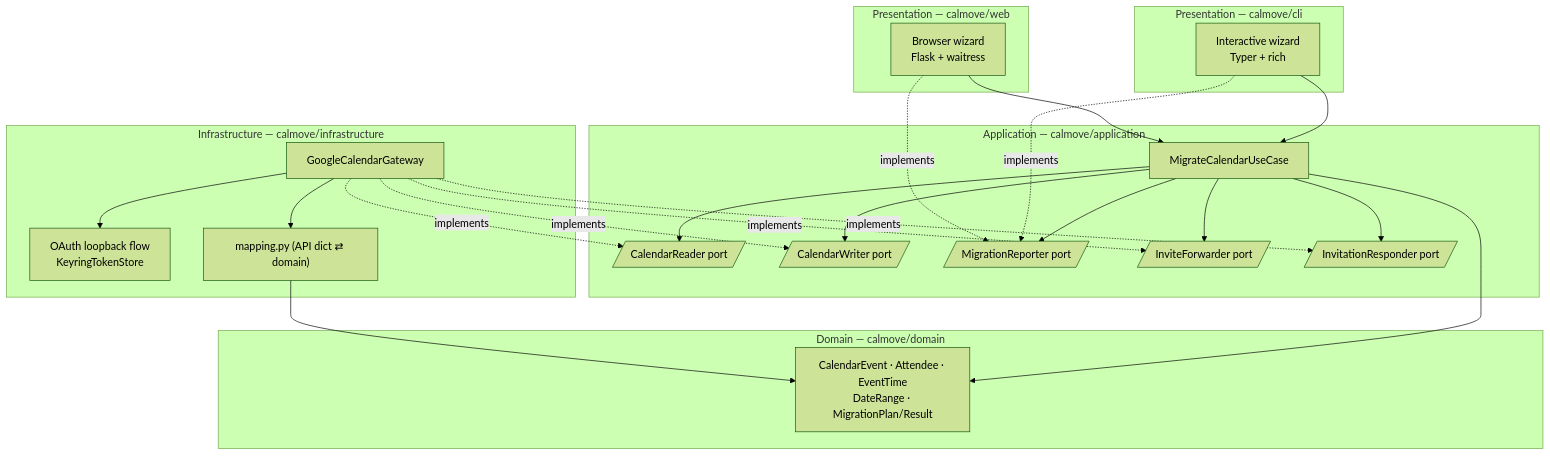
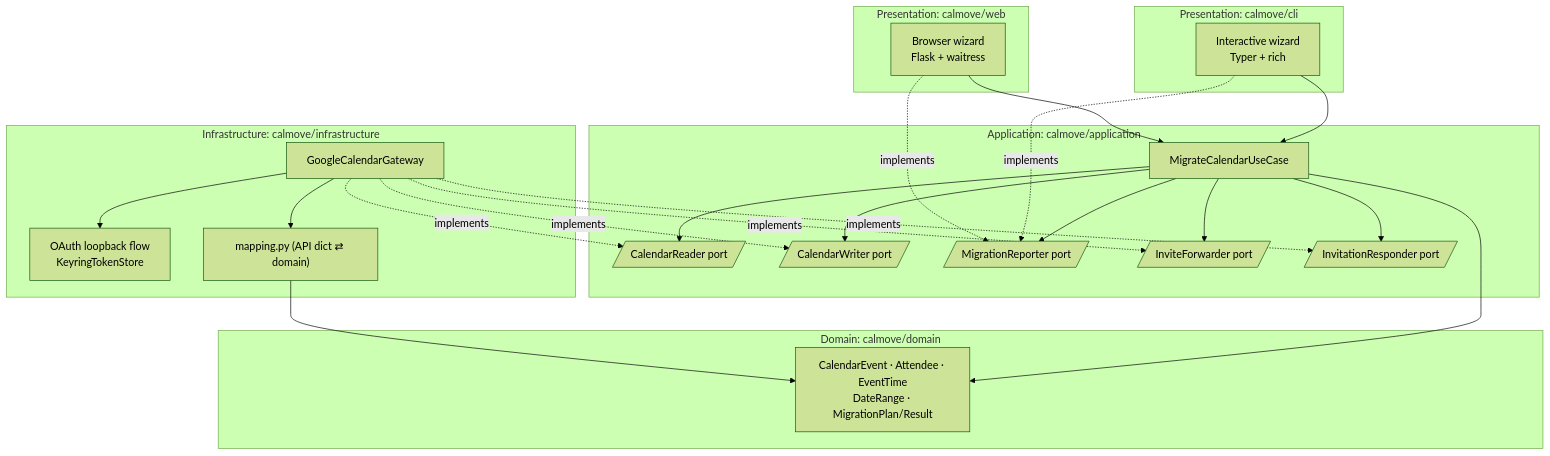
One commit to p1x3l4rtd3v/CalMove changed the first of 5 diagrams in docs/SPECIFICATION.md. Above: the diagram before and after it, drawn with Mermaid (forest theme). The commit also changed other lines of this file and 25 other files, not shown here.

````diff
--- a/docs/SPECIFICATION.md
+++ b/docs/SPECIFICATION.md
@@ -54,34 +54,34 @@
 ```mermaid
 flowchart TB
-    subgraph CLI["Presentation — calmove/cli"]
+    subgraph CLI["Presentation: calmove/cli"]
         W[Interactive wizard<br/>Typer + rich]
     end
-    subgraph WEB["Presentation — calmove/web"]
+    subgraph WEB["Presentation: calmove/web"]
         WW[Browser wizard<br/>Flask + waitress]
     end
-    subgraph APP["Application — calmove/application"]
+    subgraph APP["Application: calmove/application"]
         UC[MigrateCalendarUseCase]
         P1[/CalendarReader port/]
         P2[/CalendarWriter port/]
         P3[/MigrationReporter port/]
         P4[/InviteForwarder port/]
         P5[/InvitationResponder port/]
     end
-    subgraph DOM["Domain — calmove/domain"]
+    subgraph DOM["Domain: calmove/domain"]
         E[CalendarEvent · Attendee · EventTime<br/>DateRange · MigrationPlan/Result]
     end
-    subgraph INF["Infrastructure — calmove/infrastructure"]
+    subgraph INF["Infrastructure: calmove/infrastructure"]
         G[GoogleCalendarGateway]
         A[OAuth loopback flow<br/>KeyringTokenStore]
         M["mapping.py (API dict ⇄ domain)"]
     end
     W --> UC
     WW --> UC
     UC --> P1 & P2 & P3 & P4 & P5
     UC --> E
     G -. implements .-> P1 & P2 & P4 & P5
     W -. implements .-> P3
     WW -. implements .-> P3
     G --> M --> E
     G --> A
 ```
````
